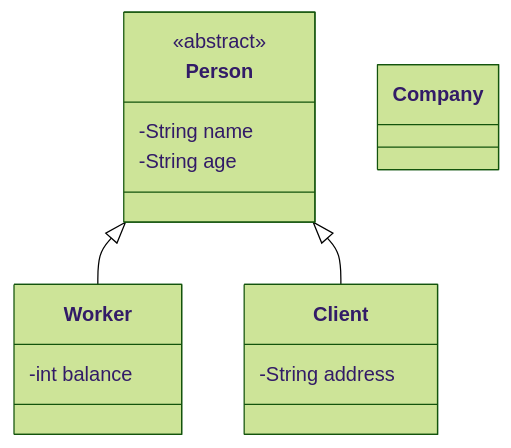
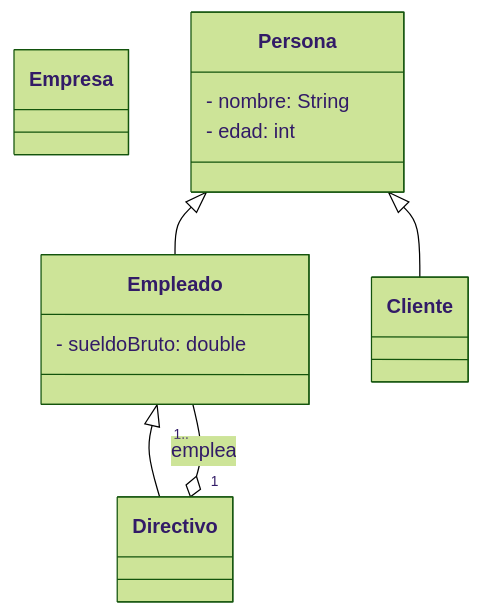
One commit to Diogo-Santoro/CD_Tema2_Ejercicios changed the diagram in ejercicios-aula/ejercicio1.mmd. Above: the diagram before and after it, drawn with Mermaid (forest theme). The commit also changed other lines of this file and 1 other file, not shown here.

Commit message:
Actualizar diagrama de clases en ejercicio 1: renombrar clases y ajustar atributos

```diff
--- a/ejercicios-aula/ejercicio1.mmd
+++ b/ejercicios-aula/ejercicio1.mmd
@@ -1,19 +1,25 @@
-classDiagram
-    class Person{
-        <<abstract>>
-        -String name
-        -String age
+classDiagram 
+    class Empresa {
+
     }
-    class Company{
+    class Persona{
+        - nombre: String
+        - edad: int  
+    }
+    class Empleado {
+        - sueldoBruto: double
+    }
+
+     class Cliente {
       
     }
-    class Worker{
-        -int balance
-        
-    }
-    class Client{
-        -String address
+
+    class Directivo {
+
     }
 
-    Person <|-- Worker
-    Person <|-- Client
+    Persona <|-- Empleado
+    Persona <|-- Cliente
+    Empleado <|-- Directivo
+
+    Directivo "1" o-- "1.." Empleado : emplea 
```
